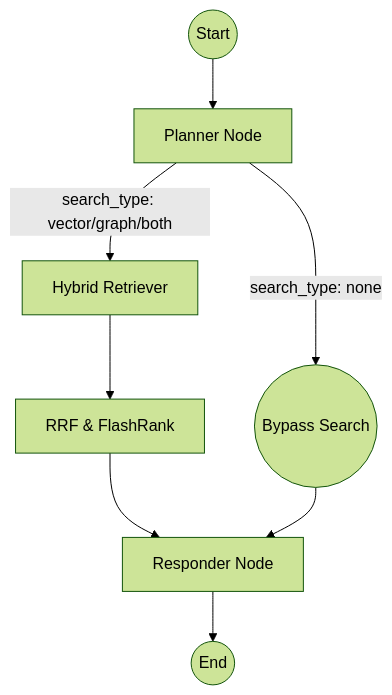
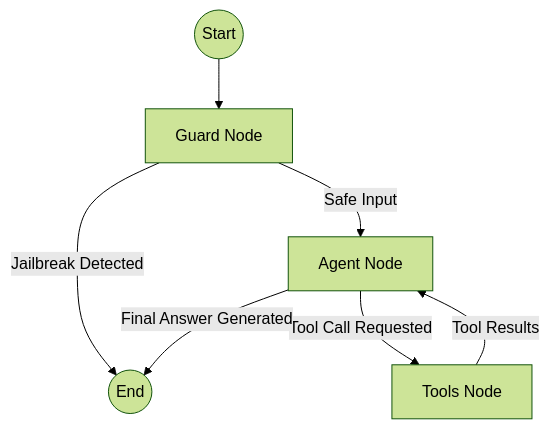
Before and after one commit to MuhammadUmerKhan/portfolio-web-bot: the diagram in docs/03_NODE_INTELLIGENCE.md, drawn with Mermaid (forest theme). The commit also changed other lines of this file, not shown here.

Commit message:
docs: rewrite node intelligence to reflect ReAct loop

````diff
--- a/docs/03_NODE_INTELLIGENCE.md
+++ b/docs/03_NODE_INTELLIGENCE.md
@@ -40,10 +38,11 @@
 ```mermaid
-graph TD
-    Start((Start)) --> Planner[Planner Node]
-    Planner -->|search_type: vector/graph/both| Retriever[Hybrid Retriever]
-    Planner -->|search_type: none| Skip((Bypass Search))
-    Retriever --> Rerank[RRF & FlashRank]
-    Rerank --> Responder[Responder Node]
-    Skip --> Responder
-    Responder --> End((End))
+flowchart TD
+    Start((Start)) --> Guard[Guard Node]
+    Guard -->|Jailbreak Detected| End((End))
+    Guard -->|Safe Input| Agent[Agent Node]
+    
+    Agent -->|Tool Call Requested| Tools[Tools Node]
+    Tools -->|Tool Results| Agent
+    
+    Agent -->|Final Answer Generated| End
 ```
````
